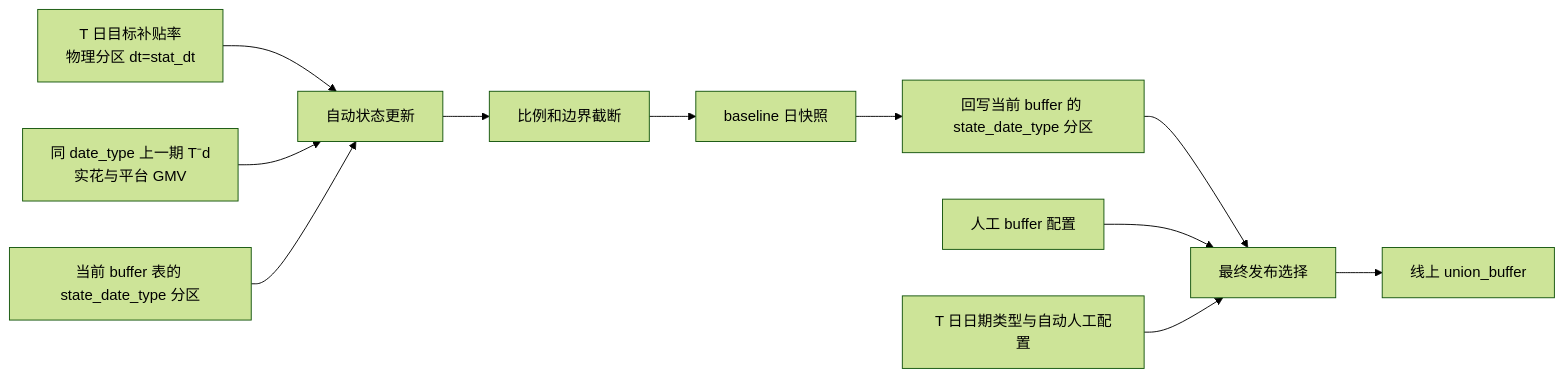
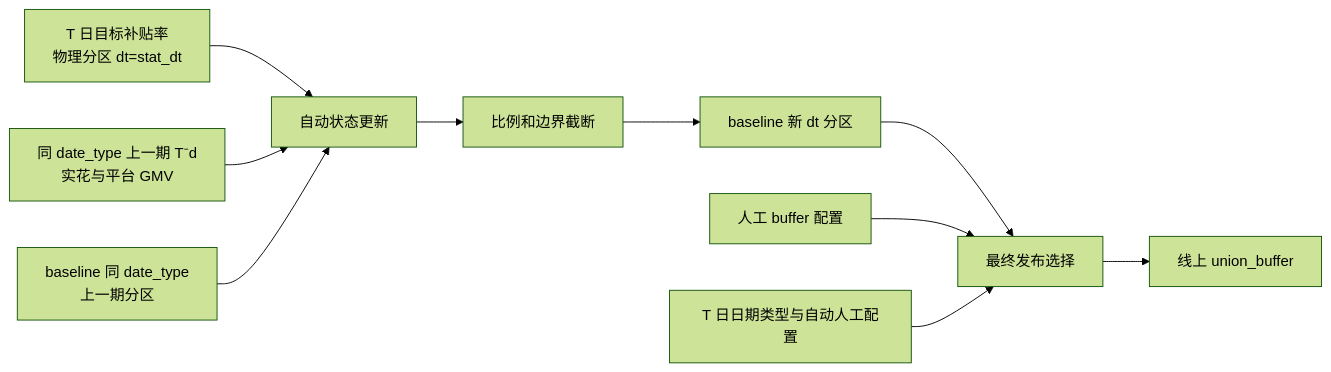
The diagram in 3.6-buffer-自动调整/3.6-buffer-自动调整-TODO路线.md (m17858052891-kk/obsidiankeke), drawn with Mermaid (forest theme) before and after one commit. The commit also changed other lines of this file and 7 other files, not shown here.

````diff
--- a/3.6-buffer-自动调整/3.6-buffer-自动调整-TODO路线.md
+++ b/3.6-buffer-自动调整/3.6-buffer-自动调整-TODO路线.md
@@ -199,13 +234,12 @@
 ```mermaid
 flowchart LR
     A[T 日目标补贴率<br/>物理分区 dt=stat_dt] --> E[自动状态更新]
     B[同 date_type 上一期 T⁻d<br/>实花与平台 GMV] --> E
-    C[当前 buffer 表的 state_date_type 分区] --> E
+    C[baseline 同 date_type<br/>上一期分区] --> E
     E --> F[比例和边界截断]
-    F --> G[baseline 日快照]
-    G --> L[回写当前 buffer 的 state_date_type 分区]
-    L --> H[最终发布选择]
+    F --> G[baseline 新 dt 分区]
+    G --> H[最终发布选择]
     I[人工 buffer 配置] --> H
     J[T 日日期类型与自动人工配置] --> H
     H --> K[线上 union_buffer]
 ```
````
